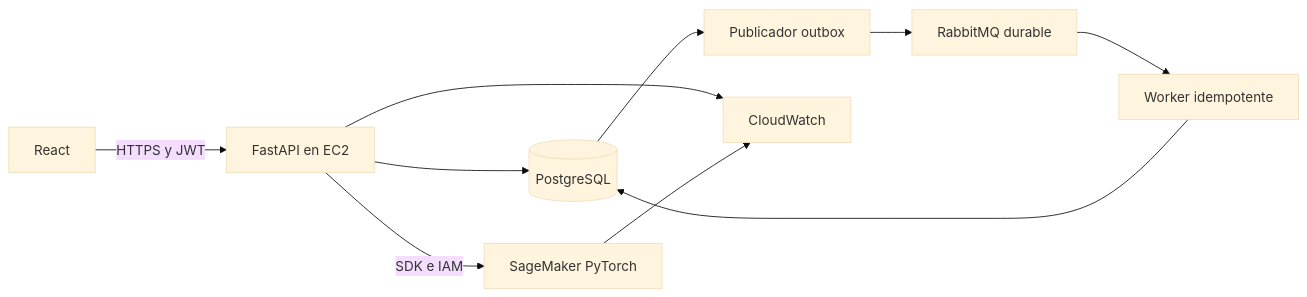
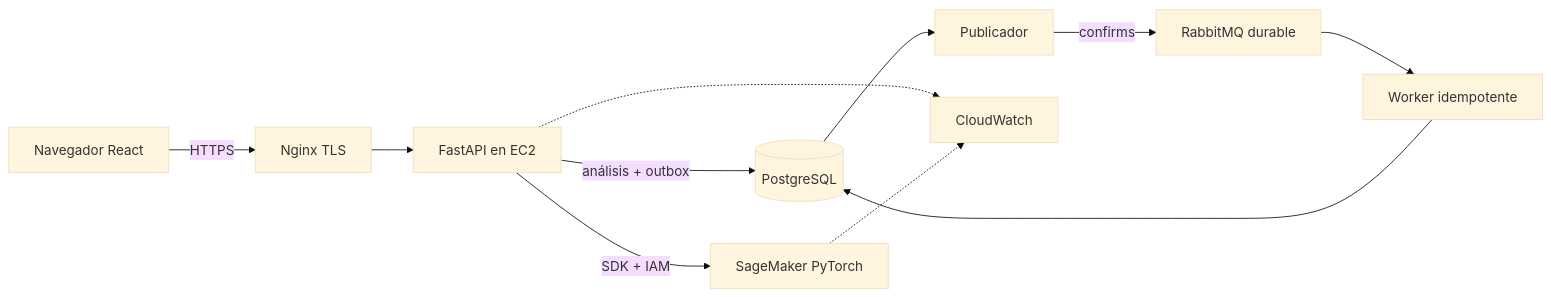
Before and after one commit to vicenteehueichapan-boop/ep3-preflop-sixmax: the first of 2 diagrams in README.md, drawn with Mermaid (base theme). The commit also changed other lines of this file and 9 other files, not shown here.

First line of the commit message:
Organize README as the EP3 deliverable and add SageMaker pause/resume

````diff
--- a/README.md
+++ b/README.md
@@ -23,12 +68,13 @@
 ```mermaid
 flowchart LR
- U[React] -->|HTTPS y JWT| A[FastAPI en EC2]
- A -->|SDK e IAM| M[SageMaker PyTorch]
- A --> D[(PostgreSQL)]
- D --> P[Publicador outbox]
- P --> Q[RabbitMQ durable]
+ U[Navegador React] -->|HTTPS| N[Nginx TLS]
+ N --> A[FastAPI en EC2]
+ A -->|SDK + IAM| M[SageMaker PyTorch]
+ A -->|análisis + outbox| D[(PostgreSQL)]
+ D --> P[Publicador]
+ P -->|confirms| Q[RabbitMQ durable]
  Q --> W[Worker idempotente]
  W --> D
- A --> C[CloudWatch]
- M --> C
+ A -.-> C[CloudWatch]
+ M -.-> C
 ```
````
